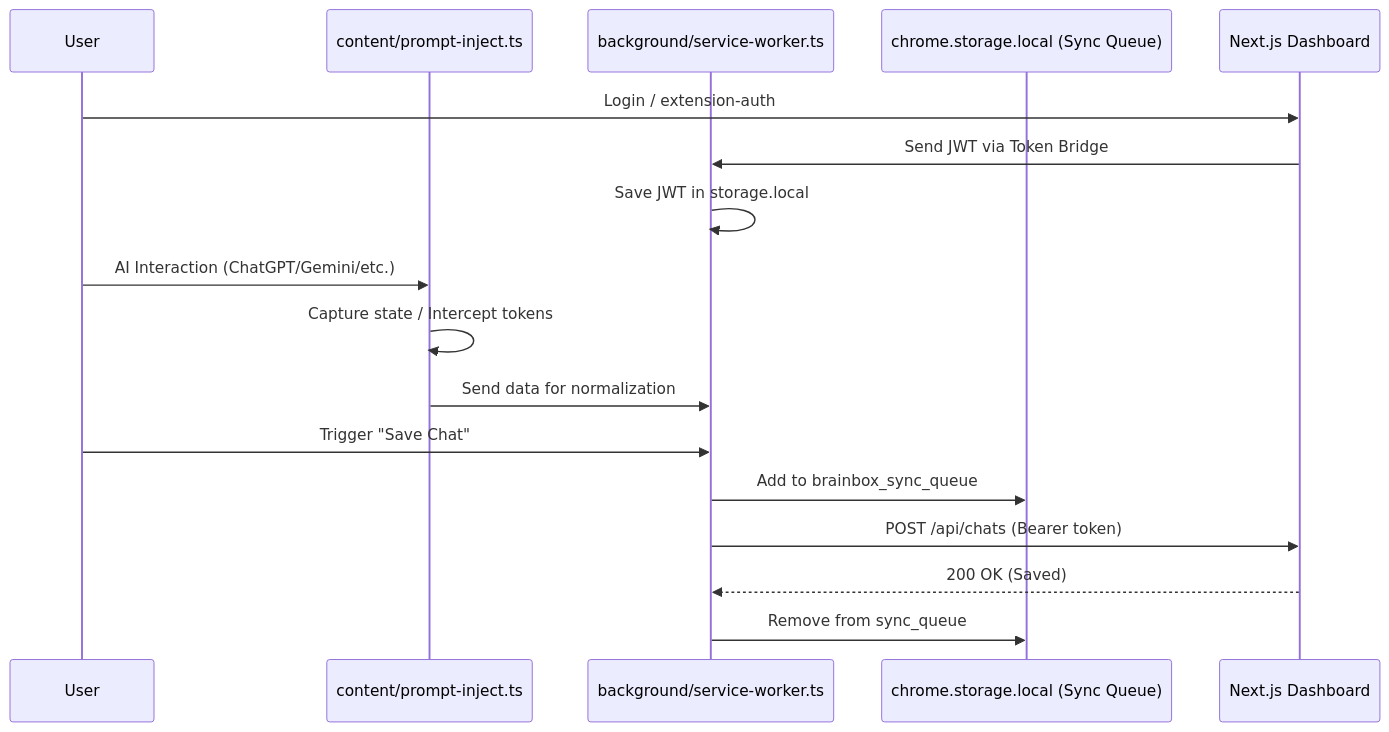
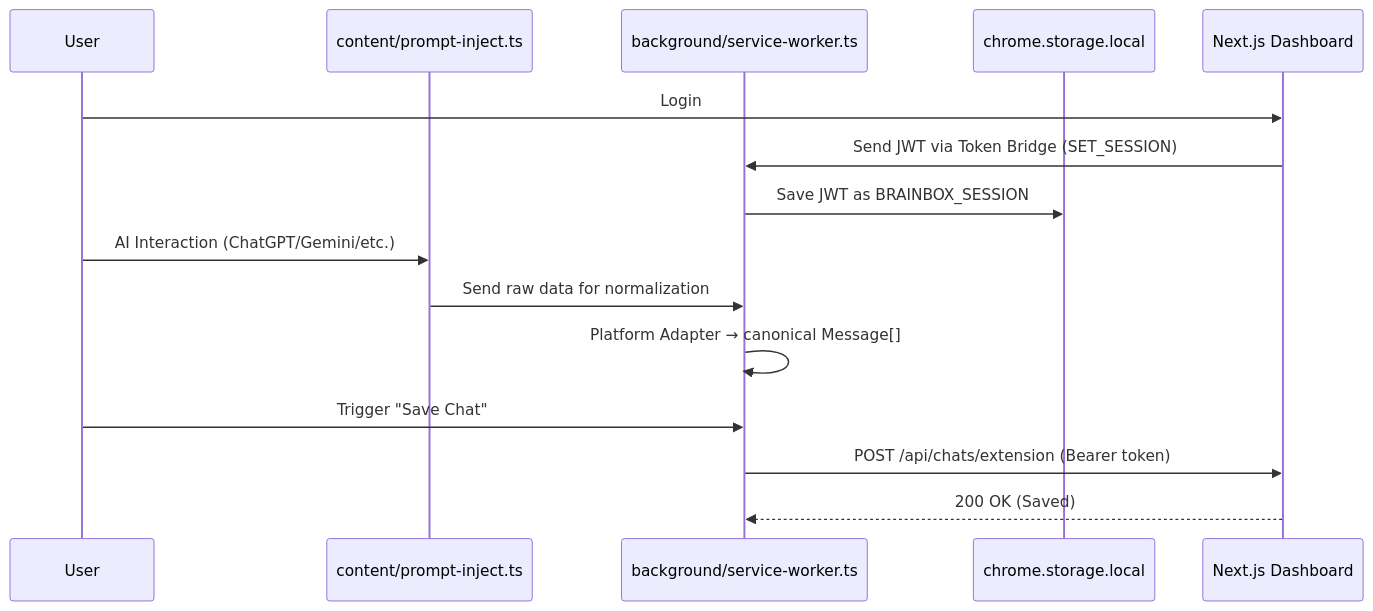
One commit to HackamViGo/Chat-Organizer changed the diagram in docs/technical/SYNC_PROTOCOL.md. Above: the diagram before and after it, drawn with Mermaid. The commit also changed other lines of this file and 122 other files, not shown here.

````diff
--- a/docs/technical/SYNC_PROTOCOL.md
+++ b/docs/technical/SYNC_PROTOCOL.md
@@ -14,22 +18,20 @@
 ```mermaid
 sequenceDiagram
     participant User
     participant Ext_CS as content/prompt-inject.ts
     participant Ext_SW as background/service-worker.ts
-    participant Storage as chrome.storage.local (Sync Queue)
+    participant Storage as chrome.storage.local
     participant Dashboard as Next.js Dashboard
-    
-    User->>Dashboard: Login / extension-auth
-    Dashboard->>Ext_SW: Send JWT via Token Bridge
-    Ext_SW->>Ext_SW: Save JWT in storage.local
-    
+
+    User->>Dashboard: Login
+    Dashboard->>Ext_SW: Send JWT via Token Bridge (SET_SESSION)
+    Ext_SW->>Storage: Save JWT as BRAINBOX_SESSION
+
     User->>Ext_CS: AI Interaction (ChatGPT/Gemini/etc.)
-    Ext_CS->>Ext_CS: Capture state / Intercept tokens
-    Ext_CS->>Ext_SW: Send data for normalization
-    
+    Ext_CS->>Ext_SW: Send raw data for normalization
+    Ext_SW->>Ext_SW: Platform Adapter → canonical Message[]
+
     User->>Ext_SW: Trigger "Save Chat"
-    Ext_SW->>Storage: Add to brainbox_sync_queue
-    Ext_SW->>Dashboard: POST /api/chats (Bearer token)
+    Ext_SW->>Dashboard: POST /api/chats/extension (Bearer token)
     Dashboard-->>Ext_SW: 200 OK (Saved)
-    Ext_SW->>Storage: Remove from sync_queue
 ```
````
